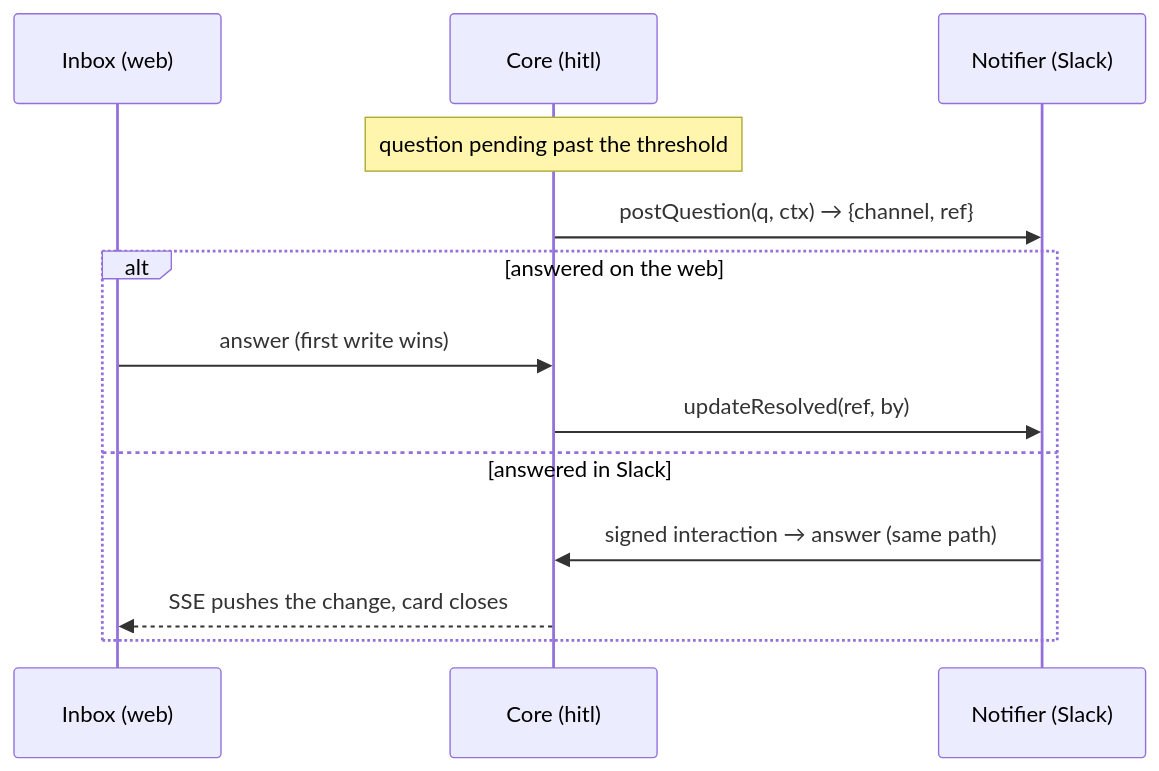
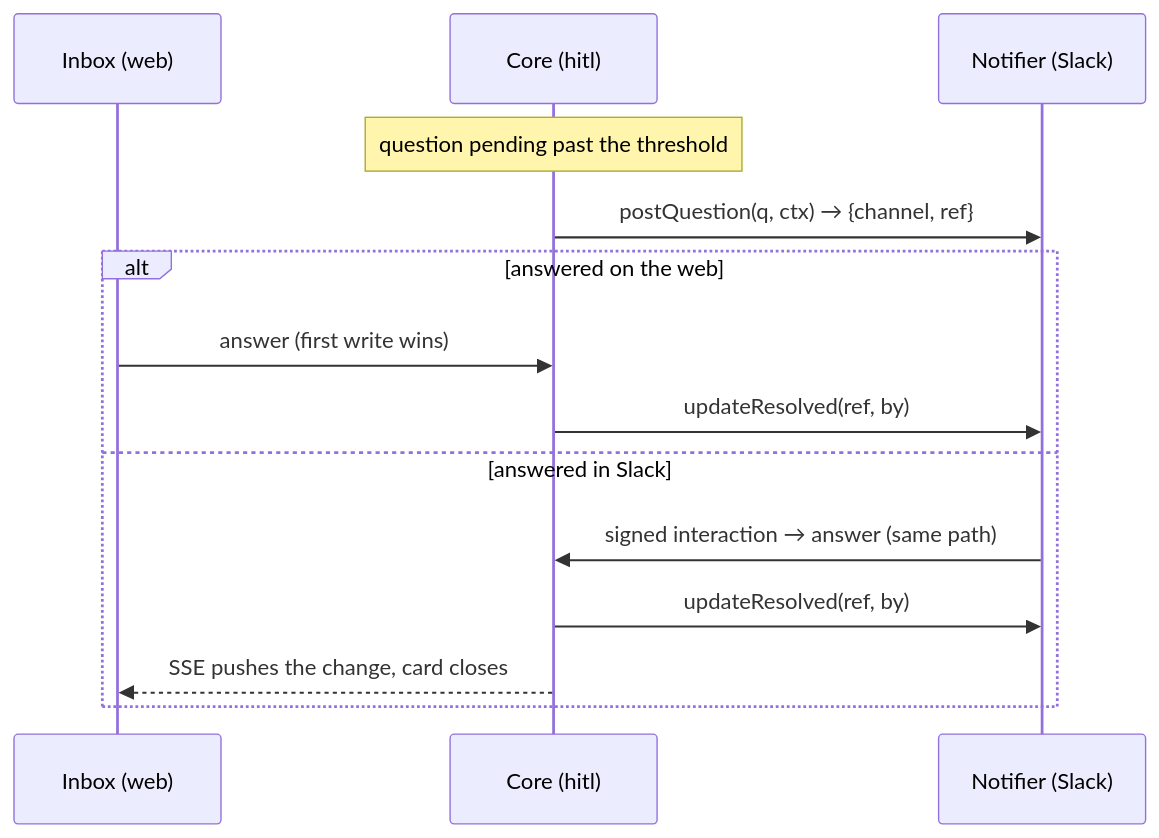
The diagram in docs/FlowBoard/Human In The Loop/Escalation To Chat.md (ClearCloudSoftware/flowboard), drawn with Mermaid before and after one commit. The commit also changed other lines of this file and 22 other files, not shown here.

````diff
--- a/docs/FlowBoard/Human In The Loop/Escalation To Chat.md
+++ b/docs/FlowBoard/Human In The Loop/Escalation To Chat.md
@@ -51,15 +51,16 @@
 ```mermaid
 sequenceDiagram
   participant W as Inbox (web)
   participant C as Core (hitl)
   participant N as Notifier (Slack)
   Note over C: question pending past the threshold
   C->>N: postQuestion(q, ctx) → {channel, ref}
   alt answered on the web
     W->>C: answer (first write wins)
     C->>N: updateResolved(ref, by)
   else answered in Slack
     N->>C: signed interaction → answer (same path)
+    C->>N: updateResolved(ref, by)
     C-->>W: SSE pushes the change, card closes
   end
 ```
````
